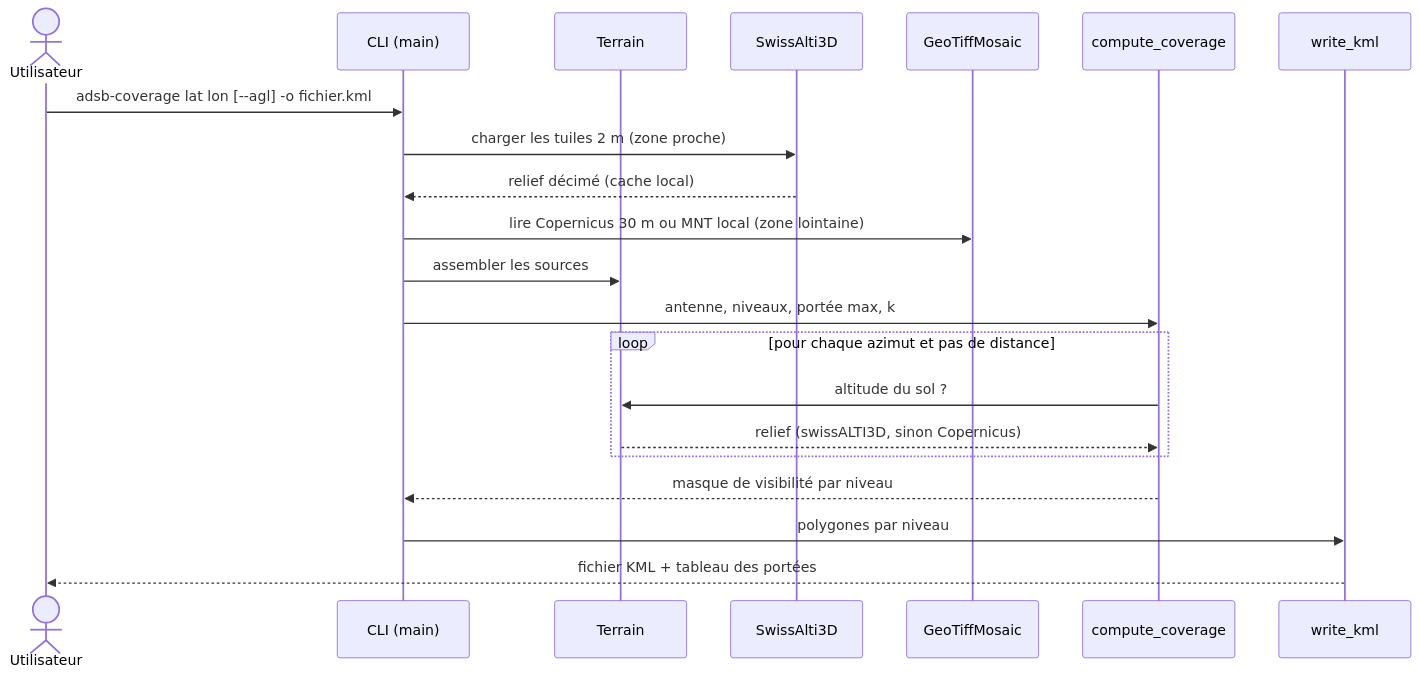
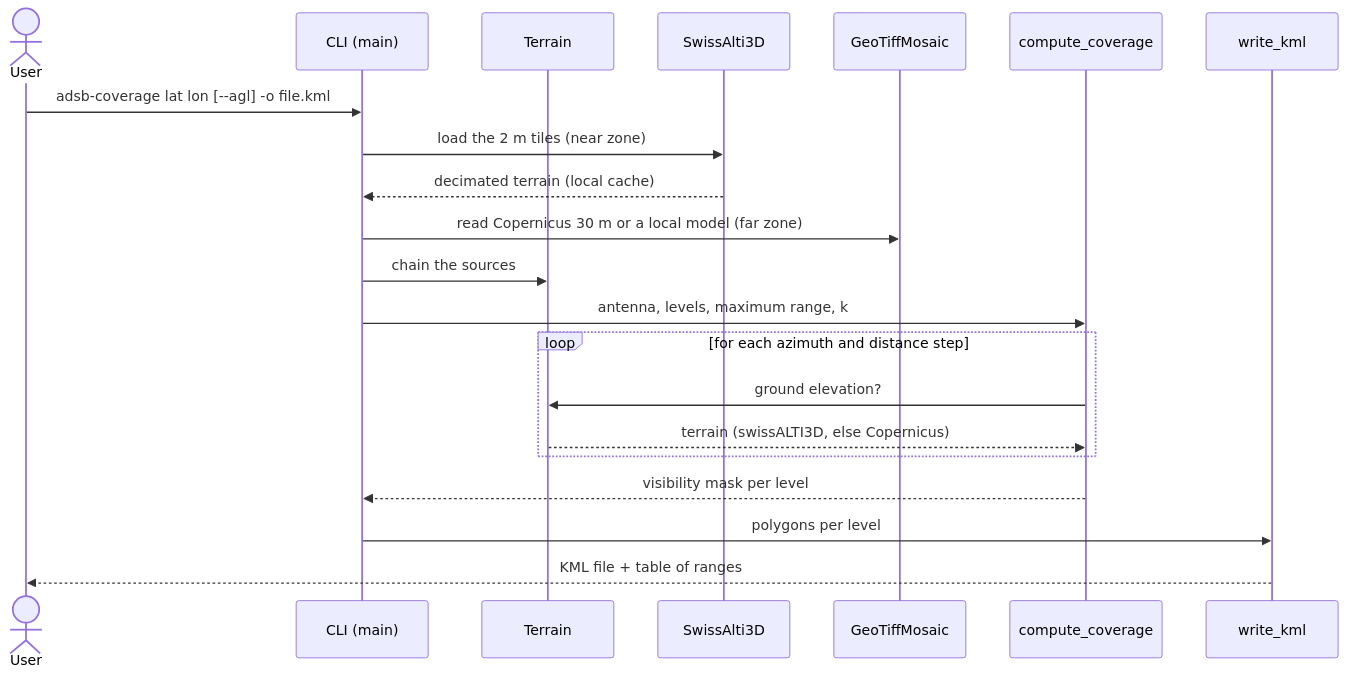
One commit to raphaelcere/clarke-model-generator changed the second of 2 diagrams in README.md. Above: the diagram before and after it, drawn with Mermaid. The commit also changed other lines of this file and 10 other files, not shown here.

````diff
--- a/README.md
+++ b/README.md
@@ -146,23 +150,23 @@
 ```mermaid
 sequenceDiagram
-    actor U as Utilisateur
+    actor U as User
     participant C as CLI (main)
     participant T as Terrain
     participant S as SwissAlti3D
     participant G as GeoTiffMosaic
     participant P as compute_coverage
     participant K as write_kml
-    U->>C: adsb-coverage lat lon [--agl] -o fichier.kml
-    C->>S: charger les tuiles 2 m (zone proche)
-    S-->>C: relief décimé (cache local)
-    C->>G: lire Copernicus 30 m ou MNT local (zone lointaine)
-    C->>T: assembler les sources
-    C->>P: antenne, niveaux, portée max, k
-    loop pour chaque azimut et pas de distance
-        P->>T: altitude du sol ?
-        T-->>P: relief (swissALTI3D, sinon Copernicus)
+    U->>C: adsb-coverage lat lon [--agl] -o file.kml
+    C->>S: load the 2 m tiles (near zone)
+    S-->>C: decimated terrain (local cache)
+    C->>G: read Copernicus 30 m or a local model (far zone)
+    C->>T: chain the sources
+    C->>P: antenna, levels, maximum range, k
+    loop for each azimuth and distance step
+        P->>T: ground elevation?
+        T-->>P: terrain (swissALTI3D, else Copernicus)
     end
-    P-->>C: masque de visibilité par niveau
-    C->>K: polygones par niveau
-    K-->>U: fichier KML + tableau des portées
+    P-->>C: visibility mask per level
+    C->>K: polygons per level
+    K-->>U: KML file + table of ranges
 ```
````
